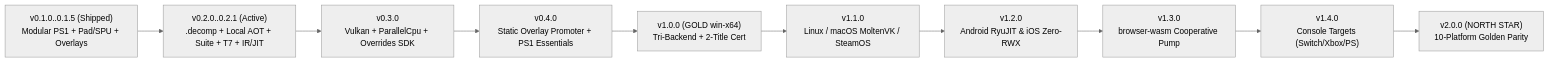
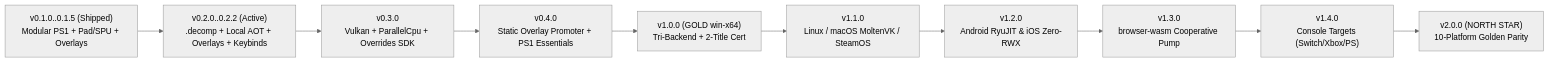
The diagram in ROADMAP.md (StreamItAllGit/reSlate), drawn with Mermaid (neutral theme) before and after one commit. The commit also changed other lines of this file and 33 other files, not shown here.

````diff
--- a/ROADMAP.md
+++ b/ROADMAP.md
@@ -28,12 +28,12 @@
 ```mermaid
 flowchart LR
-    V01["v0.1.0..0.1.5 (Shipped)\nModular PS1 + Pad/SPU + Overlays"] --> V02["v0.2.0..0.2.1 (Active)\n.decomp + Local AOT + Suite + T7 + IR/JIT"]
+    V01["v0.1.0..0.1.5 (Shipped)\nModular PS1 + Pad/SPU + Overlays"] --> V02["v0.2.0..0.2.2 (Active)\n.decomp + Local AOT + Overlays + Keybinds"]
     V02 --> V03["v0.3.0\nVulkan + ParallelCpu + Overrides SDK"]
     V03 --> V04["v0.4.0\nStatic Overlay Promoter + PS1 Essentials"]
     V04 --> V10["v1.0.0 (GOLD win-x64)\nTri-Backend + 2-Title Cert"]
     V10 --> V11["v1.1.0\nLinux / macOS MoltenVK / SteamOS"]
     V11 --> V12["v1.2.0\nAndroid RyuJIT & iOS Zero-RWX"]
     V12 --> V13["v1.3.0\nbrowser-wasm Cooperative Pump"]
     V13 --> V14["v1.4.0\nConsole Targets (Switch/Xbox/PS)"]
     V14 --> V20["v2.0.0 (NORTH STAR)\n10-Platform Golden Parity"]
 ```
````
